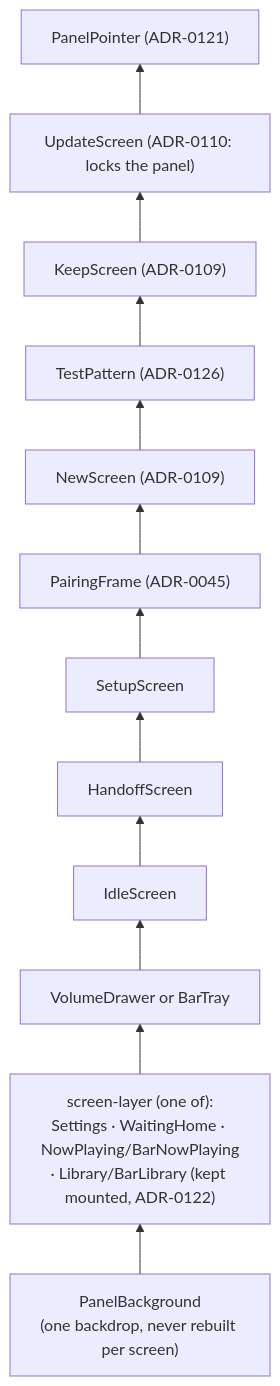
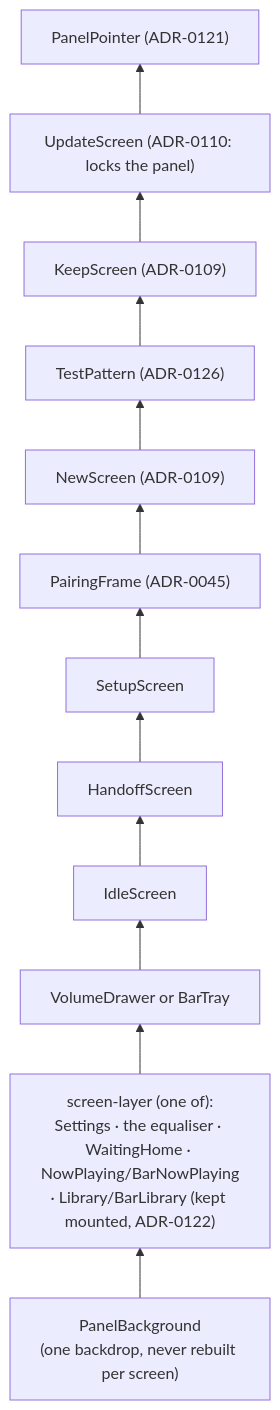
The third of 7 diagrams in docs/tech/ui.md (gcarstoiu/gexis-player), drawn with Mermaid before and after one commit. The commit also changed other lines of this file and 10 other files, not shown here.

First line of the commit message:
Docs: the equaliser in the manual, FAQ, technical guide, README and the plugin manual (ADR-0162)

````diff
--- a/docs/tech/ui.md
+++ b/docs/tech/ui.md
@@ -198,16 +214,16 @@
 ```mermaid
 flowchart BT
   BG["PanelBackground<br/>(one backdrop, never rebuilt per screen)"]
-  SL["screen-layer (one of):<br/>Settings · WaitingHome · NowPlaying/BarNowPlaying<br/>· Library/BarLibrary (kept mounted, ADR-0122)"]
+  SL["screen-layer (one of):<br/>Settings · the equaliser · WaitingHome · NowPlaying/BarNowPlaying<br/>· Library/BarLibrary (kept mounted, ADR-0122)"]
   VD["VolumeDrawer or BarTray"]
   ID["IdleScreen"]
   HO["HandoffScreen"]
   SU["SetupScreen"]
   PA["PairingFrame (ADR-0045)"]
   NS["NewScreen (ADR-0109)"]
   TP["TestPattern (ADR-0126)"]
   KS["KeepScreen (ADR-0109)"]
   UP["UpdateScreen (ADR-0110: locks the panel)"]
   PP["PanelPointer (ADR-0121)"]
   BG --> SL --> VD --> ID --> HO --> SU --> PA --> NS --> TP --> KS --> UP --> PP
 ```
````
